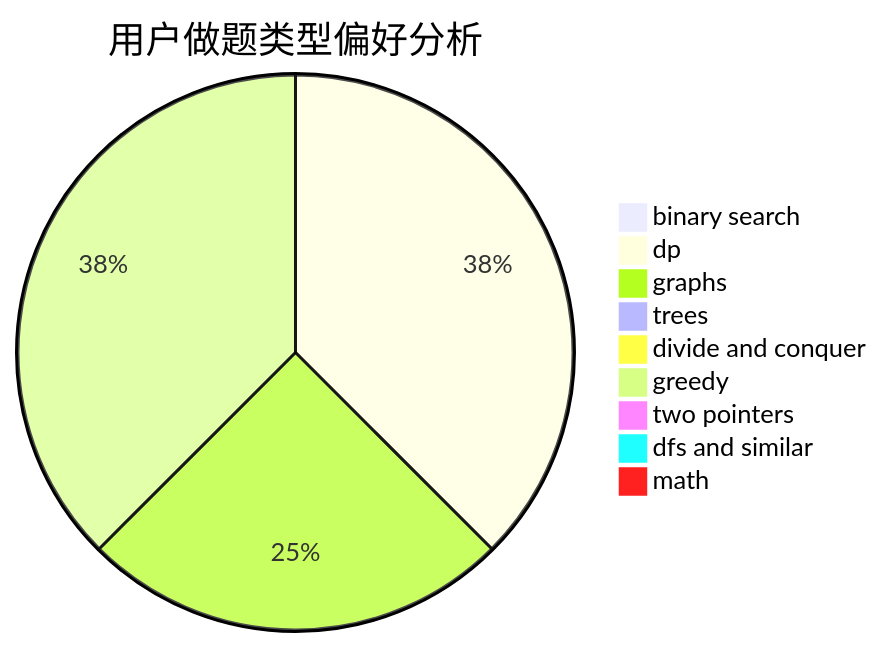
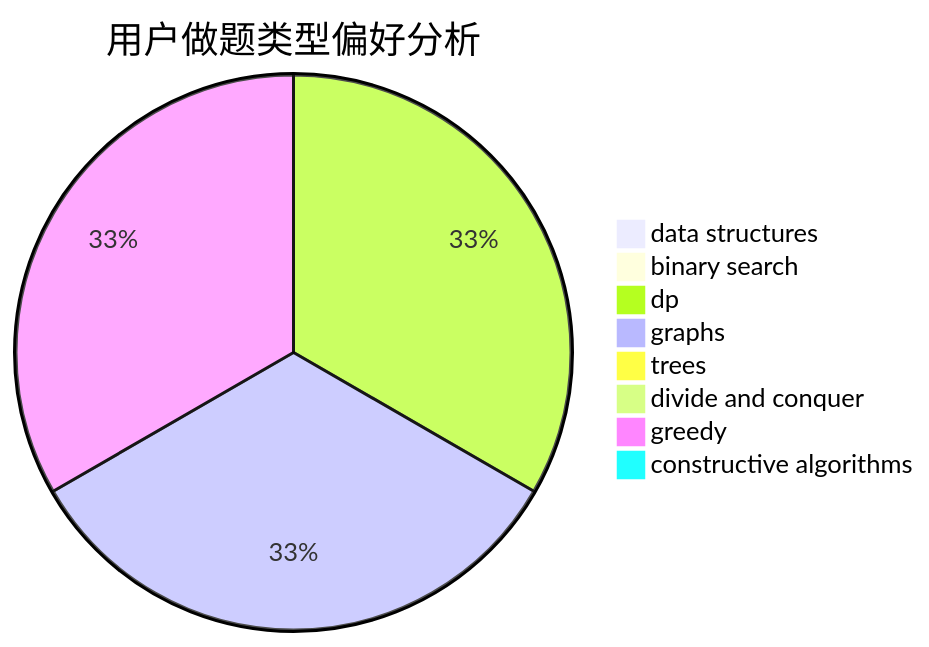
Before and after one commit to sherpahu/cfrs.github.io: the second of 3 diagrams in docs/user/u757.md, drawn with Mermaid. The commit also changed other lines of this file and 2775 other files, not shown here.

````diff
--- a/docs/user/u757.md
+++ b/docs/user/u757.md
@@ -23,12 +23,11 @@
 ```mermaid
 pie title 用户做题类型偏好分析
+    "data structures" :  0
     "binary search" :  0
-    "dp" :  3
+    "dp" :  2
     "graphs" :  2
     "trees" :  0
     "divide and conquer" :  0
-    "greedy" :  3
-    "two pointers" :  0
-    "dfs and similar" :  0
-    "math" :  0
+    "greedy" :  2
+    "constructive algorithms" :  0
 ```
````
